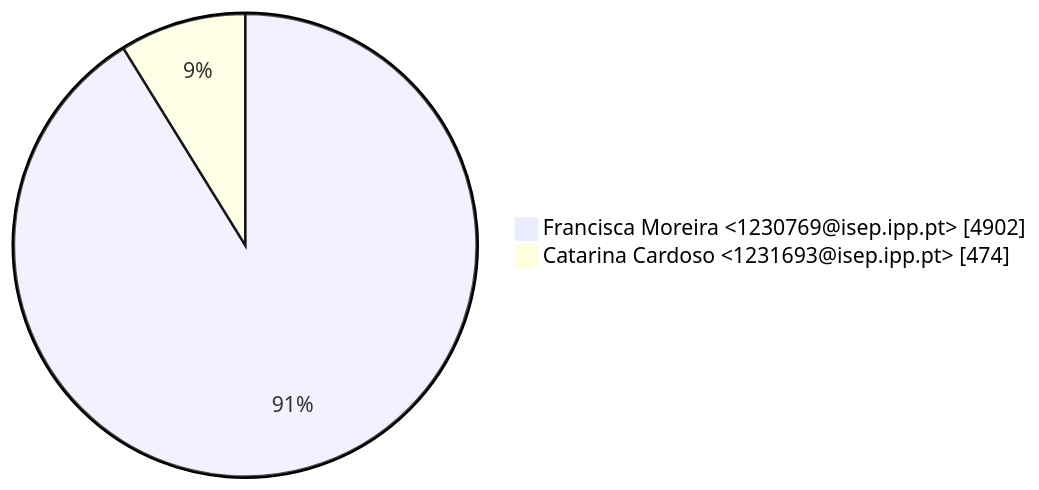
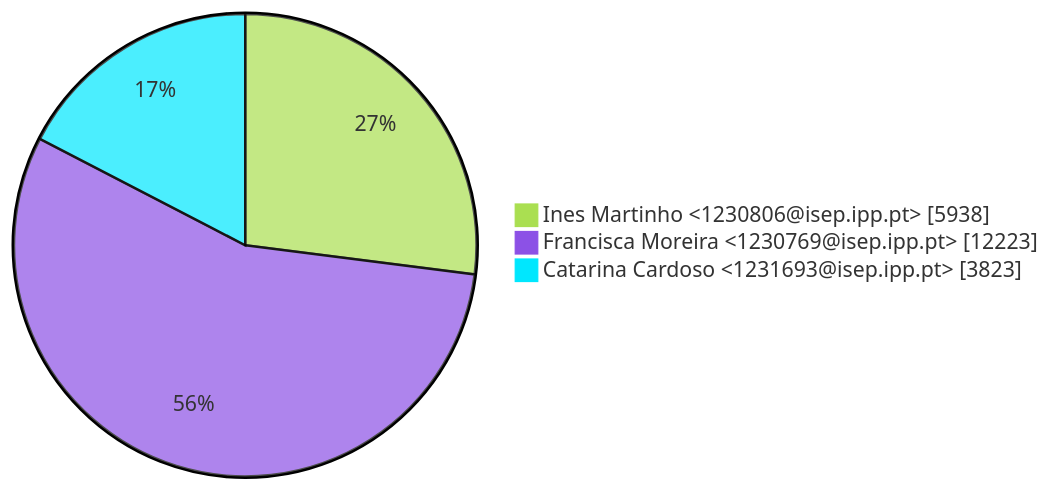
The second of 3 diagrams in GitAnalysis/Sprint_2/Contributions.md (catarina65-isep/LSIS-Equipa-9), drawn with Mermaid before and after one commit. The commit also changed other lines of this file and 1 other file, not shown here.

````diff
--- a/GitAnalysis/Sprint_2/Contributions.md
+++ b/GitAnalysis/Sprint_2/Contributions.md
@@ -15,5 +18,7 @@
 ```mermaid
+%%{init: {'theme': 'base', 'themeVariables': { 'pie1': '#AADF51', 'pie2': '#8C51E6', 'pie3': '#00E7FE', 'pie4': '#F84B62', 'pie5': '#FFDE72', 'pie6': '#3060CF', 'pie7': '#59C9A5'}}}%%
 pie showData
-    " Francisca Moreira <1230769@isep.ipp.pt>" : 4902
-    " Catarina Cardoso <1231693@isep.ipp.pt>" : 474
+    " Ines Martinho <1230806@isep.ipp.pt>" : 5938
+    " Francisca Moreira <1230769@isep.ipp.pt>" : 12223
+    " Catarina Cardoso <1231693@isep.ipp.pt>" : 3823
 ```
````
